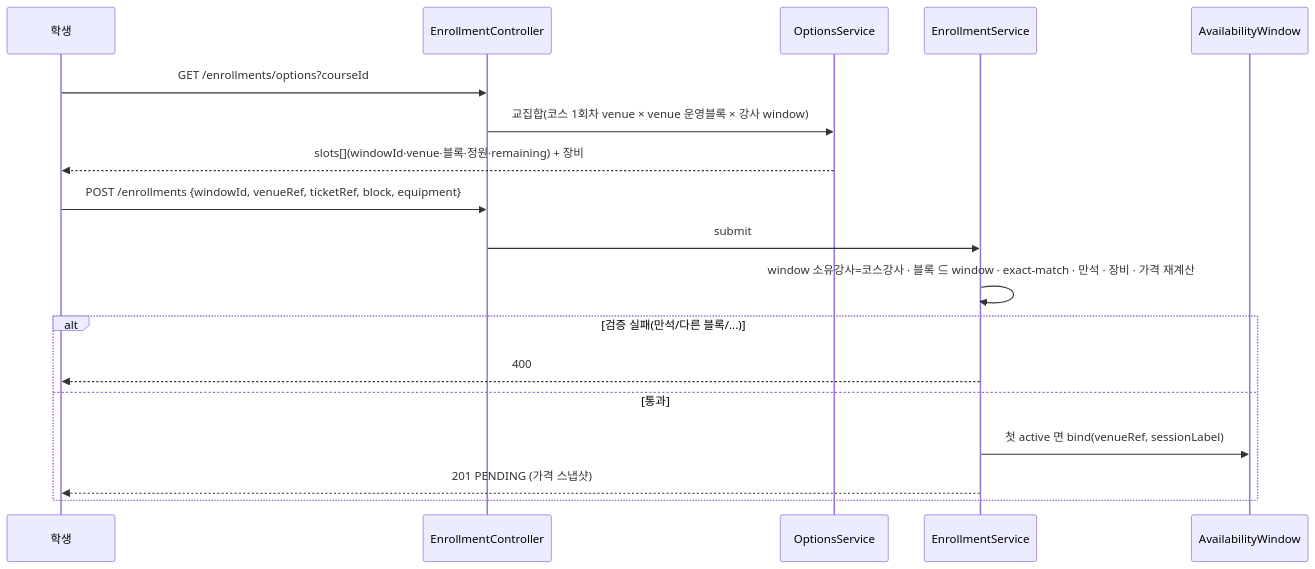
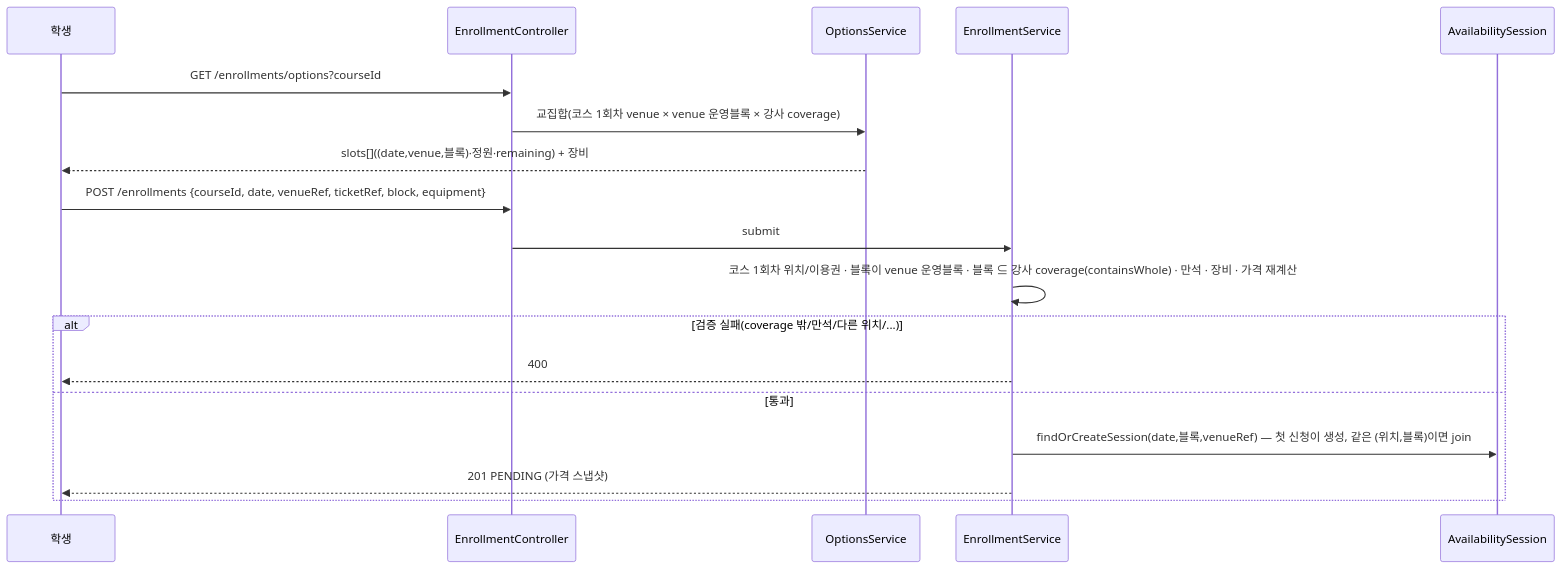
Before and after one commit to pungdong/Pungdong-Backend: the second of 4 diagrams in docs/architecture/enrollment.md, drawn with Mermaid. The commit also changed other lines of this file and 5 other files, not shown here.

First line of the commit message:
Docs: coverage/session 2레이어 재설계 반영 (availability·enrollment 도메인/피처 문서 + CLAUDE.md)

````diff
--- a/docs/architecture/enrollment.md
+++ b/docs/architecture/enrollment.md
@@ -41,21 +40,21 @@
 ```mermaid
 sequenceDiagram
   participant S as 학생
   participant EC as EnrollmentController
   participant OS as OptionsService
   participant ES as EnrollmentService
-  participant W as AvailabilityWindow
+  participant SE as AvailabilitySession
 
   S->>EC: GET /enrollments/options?courseId
-  EC->>OS: 교집합(코스 1회차 venue × venue 운영블록 × 강사 window)
-  OS-->>S: slots[](windowId·venue·블록·정원·remaining) + 장비
-  S->>EC: POST /enrollments {windowId, venueRef, ticketRef, block, equipment}
+  EC->>OS: 교집합(코스 1회차 venue × venue 운영블록 × 강사 coverage)
+  OS-->>S: slots[]((date,venue,블록)·정원·remaining) + 장비
+  S->>EC: POST /enrollments {courseId, date, venueRef, ticketRef, block, equipment}
   EC->>ES: submit
-  ES->>ES: window 소유강사=코스강사 · 블록 ⊆ window · exact-match · 만석 · 장비 · 가격 재계산
-  alt 검증 실패(만석/다른 블록/...)
+  ES->>ES: 코스 1회차 위치/이용권 · 블록이 venue 운영블록 · 블록 ⊆ 강사 coverage(containsWhole) · 만석 · 장비 · 가격 재계산
+  alt 검증 실패(coverage 밖/만석/다른 위치/...)
     ES-->>S: 400
   else 통과
-    ES->>W: 첫 active 면 bind(venueRef, sessionLabel)
+    ES->>SE: findOrCreateSession(date,블록,venueRef) — 첫 신청이 생성, 같은 (위치,블록)이면 join
     ES-->>S: 201 PENDING (가격 스냅샷)
   end
 ```
````
